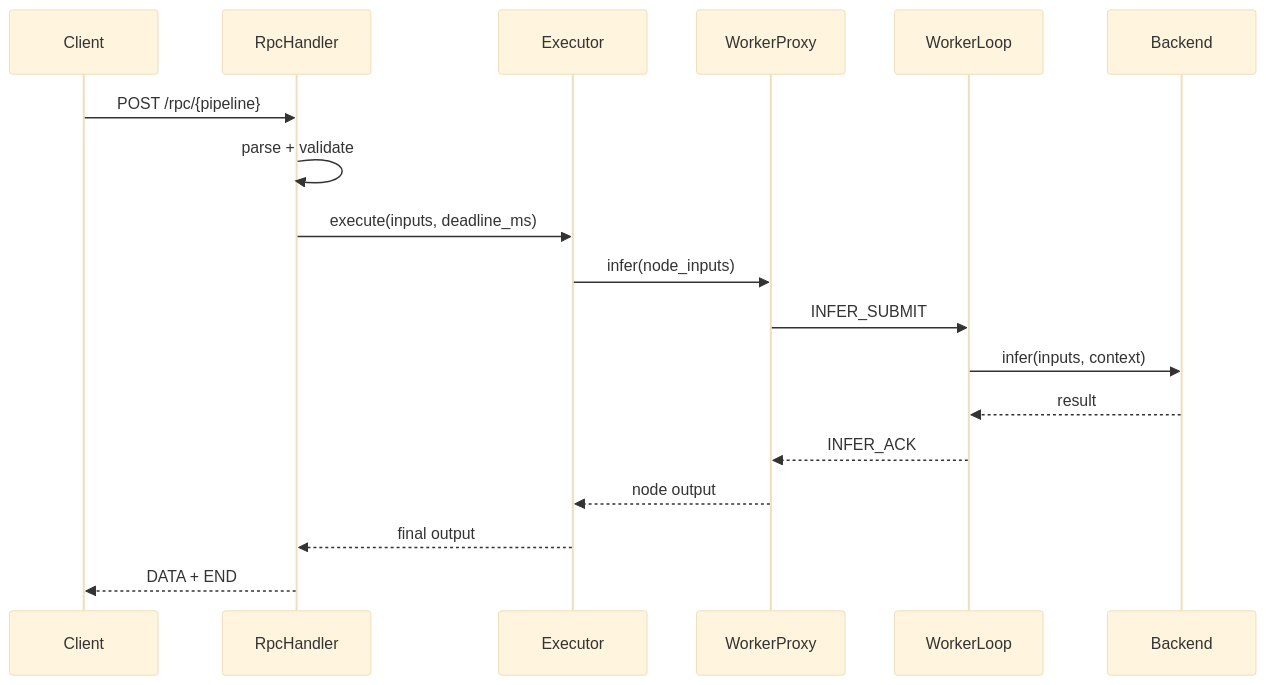
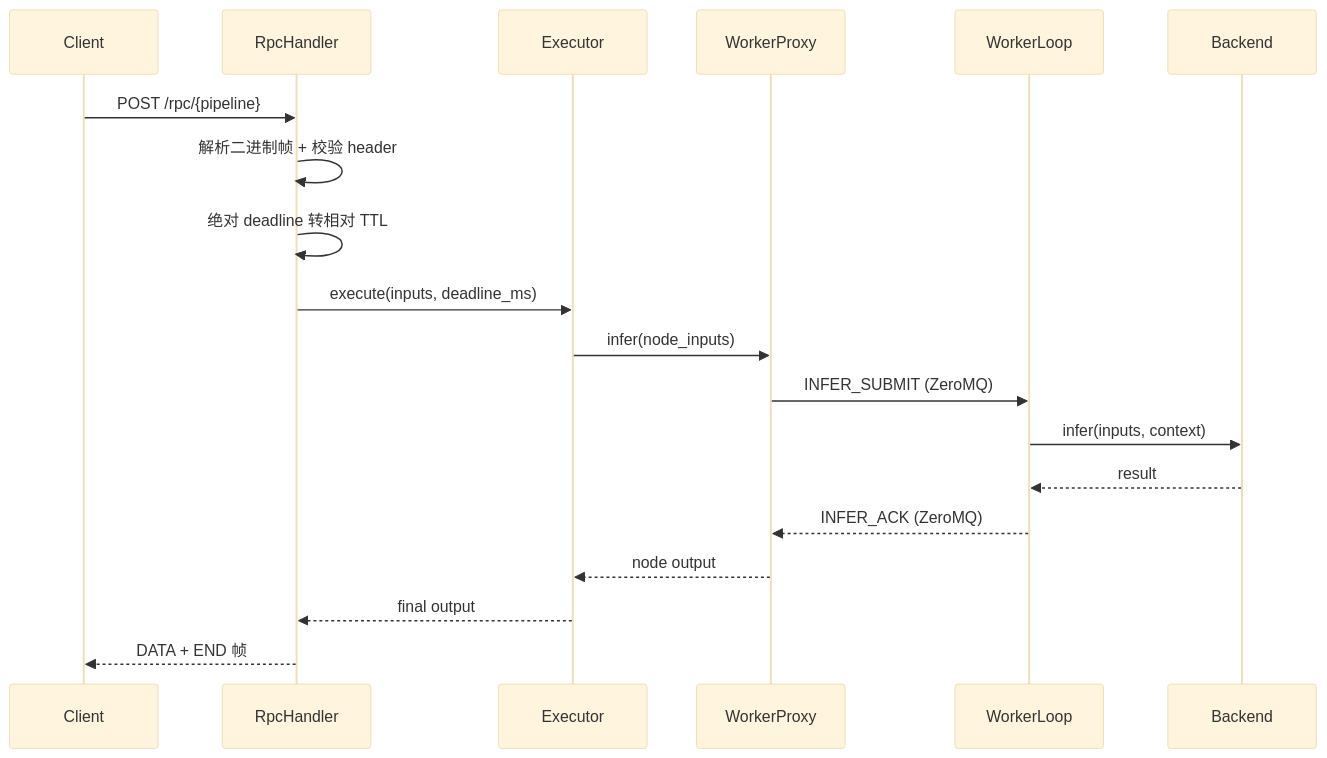
The second of 4 diagrams in docs/design/架构设计.md (caitengwei/Nerva), drawn with Mermaid (base theme) before and after one commit. The commit also changed other lines of this file and 5 other files, not shown here.

First line of the commit message:
docs: rewrite architecture and module design docs, fix stale references

````diff
--- a/docs/design/架构设计.md
+++ b/docs/design/架构设计.md
@@ -84,21 +163,22 @@
 ```mermaid
 sequenceDiagram
     participant CL as Client
     participant RH as RpcHandler
     participant EX as Executor
     participant PR as WorkerProxy
     participant WL as WorkerLoop
     participant BE as Backend
 
     CL->>RH: POST /rpc/{pipeline}
-    RH->>RH: parse + validate
+    RH->>RH: 解析二进制帧 + 校验 header
+    RH->>RH: 绝对 deadline 转相对 TTL
     RH->>EX: execute(inputs, deadline_ms)
     EX->>PR: infer(node_inputs)
-    PR->>WL: INFER_SUBMIT
+    PR->>WL: INFER_SUBMIT (ZeroMQ)
     WL->>BE: infer(inputs, context)
     BE-->>WL: result
-    WL-->>PR: INFER_ACK
+    WL-->>PR: INFER_ACK (ZeroMQ)
     PR-->>EX: node output
     EX-->>RH: final output
-    RH-->>CL: DATA + END
+    RH-->>CL: DATA + END 帧
 ```
````
